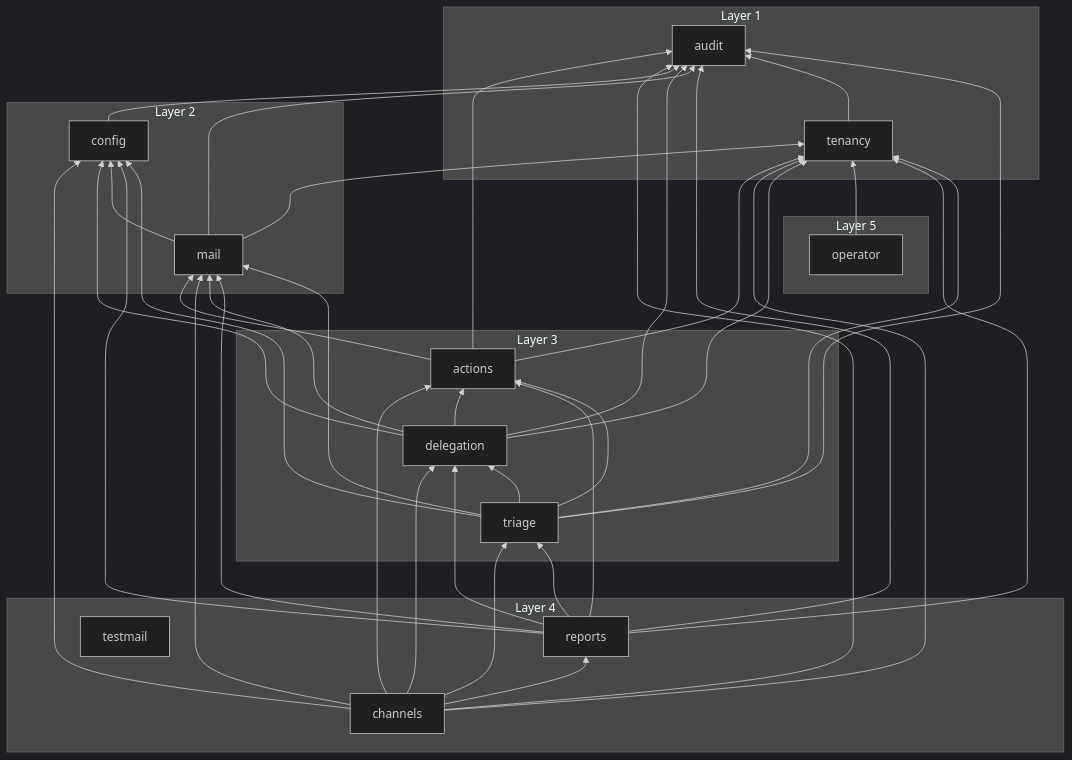
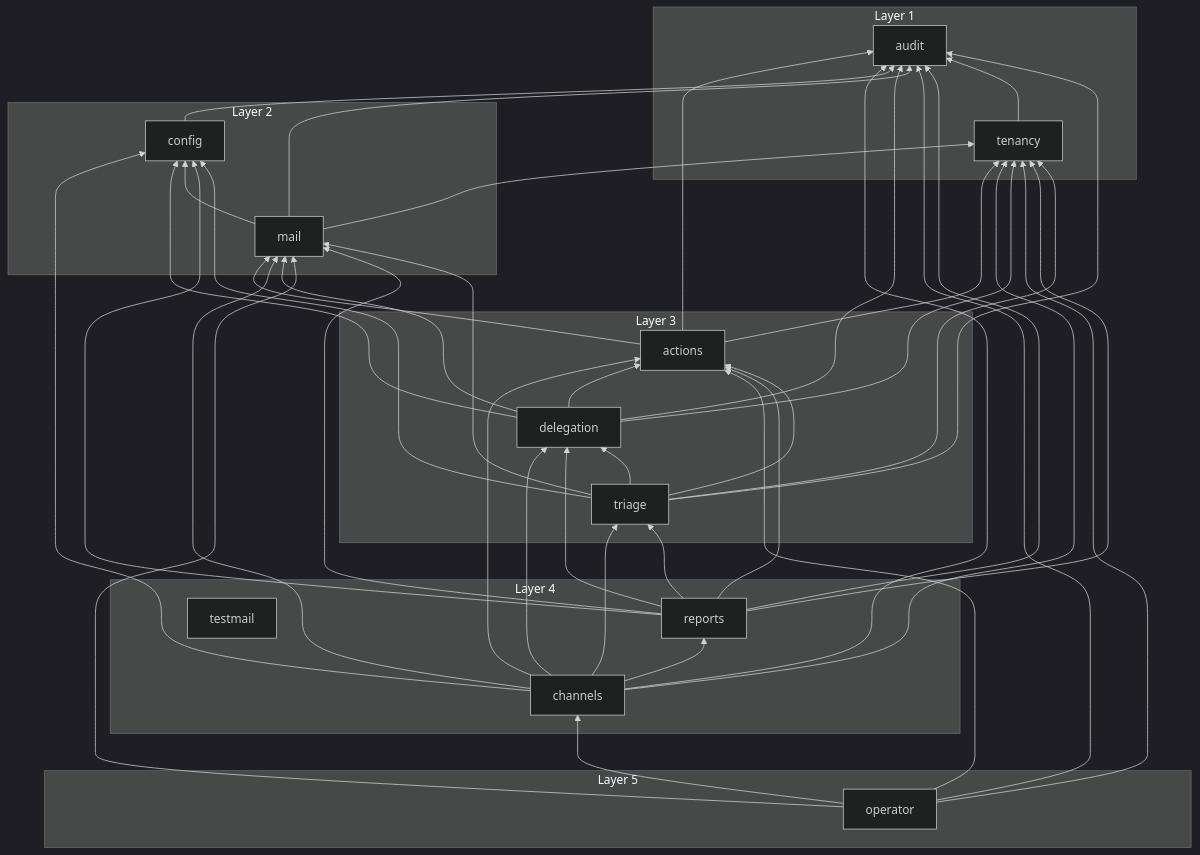
The diagram in docs/diagrams/module-graph.md (Artexs/email_assistant), drawn with Mermaid (dark theme) before and after one commit. The commit also changed 7 other files, not shown here.

````diff
--- a/docs/diagrams/module-graph.md
+++ b/docs/diagrams/module-graph.md
@@ -7,59 +7,63 @@
 ```mermaid
 flowchart BT
   subgraph group1["Layer 1"]
     audit
     tenancy
   end
   subgraph group2["Layer 2"]
     config
     mail
   end
   subgraph group3["Layer 3"]
     triage
     actions
     delegation
   end
   subgraph group4["Layer 4"]
     reports
     channels
     testmail
   end
   subgraph group5["Layer 5"]
     operator
   end
   actions --> audit
   actions --> mail
   actions --> tenancy
   channels --> actions
   channels --> audit
   channels --> config
   channels --> delegation
   channels --> mail
   channels --> reports
   channels --> tenancy
   channels --> triage
   config --> audit
   delegation --> actions
   delegation --> audit
   delegation --> config
   delegation --> mail
   delegation --> tenancy
   mail --> audit
   mail --> config
   mail --> tenancy
+  operator --> actions
+  operator --> audit
+  operator --> channels
+  operator --> mail
   operator --> tenancy
   reports --> actions
   reports --> audit
   reports --> config
   reports --> delegation
   reports --> mail
   reports --> tenancy
   reports --> triage
   tenancy --> audit
   triage --> actions
   triage --> audit
   triage --> config
   triage --> delegation
   triage --> mail
   triage --> tenancy
 ```
````
